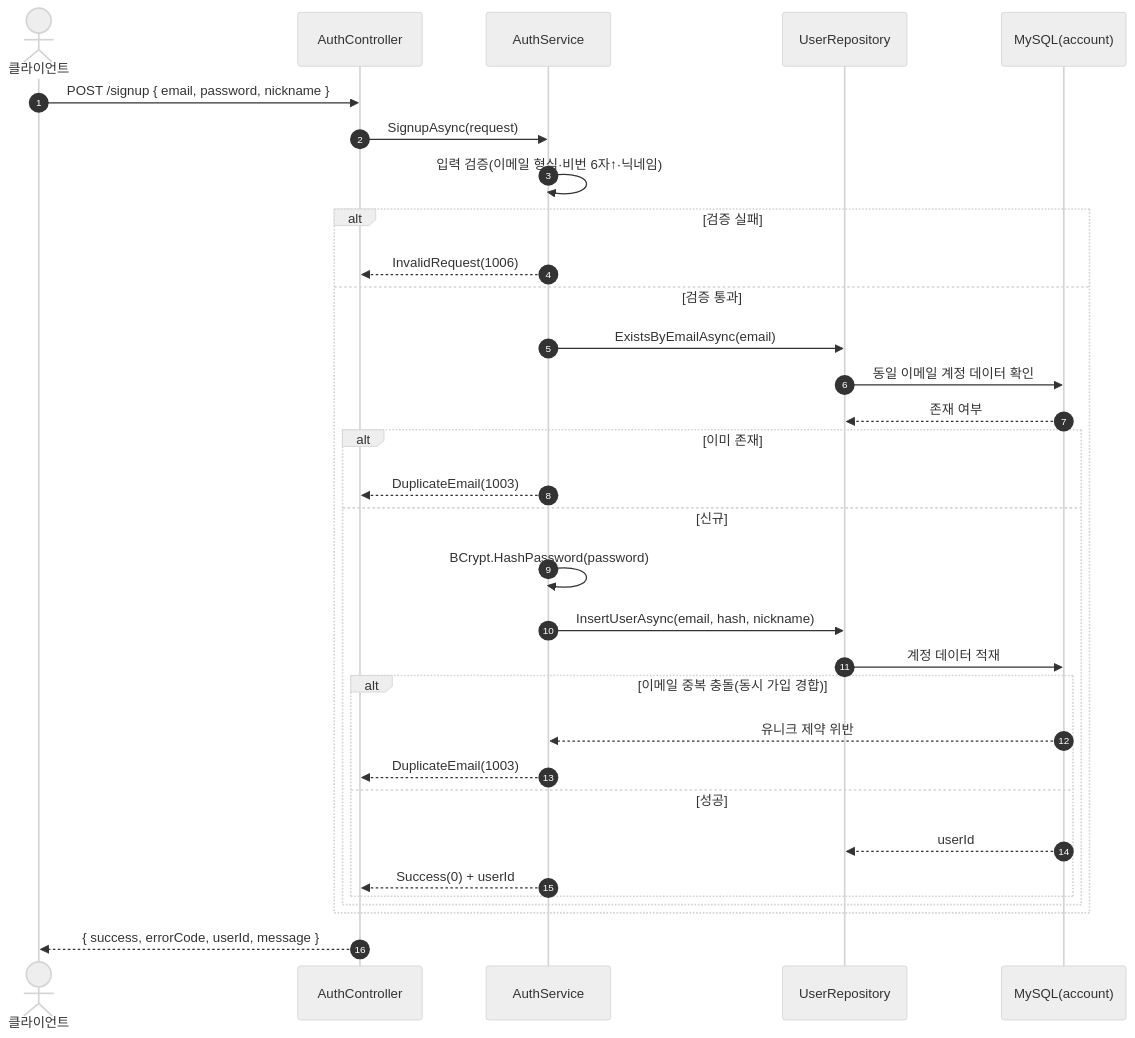
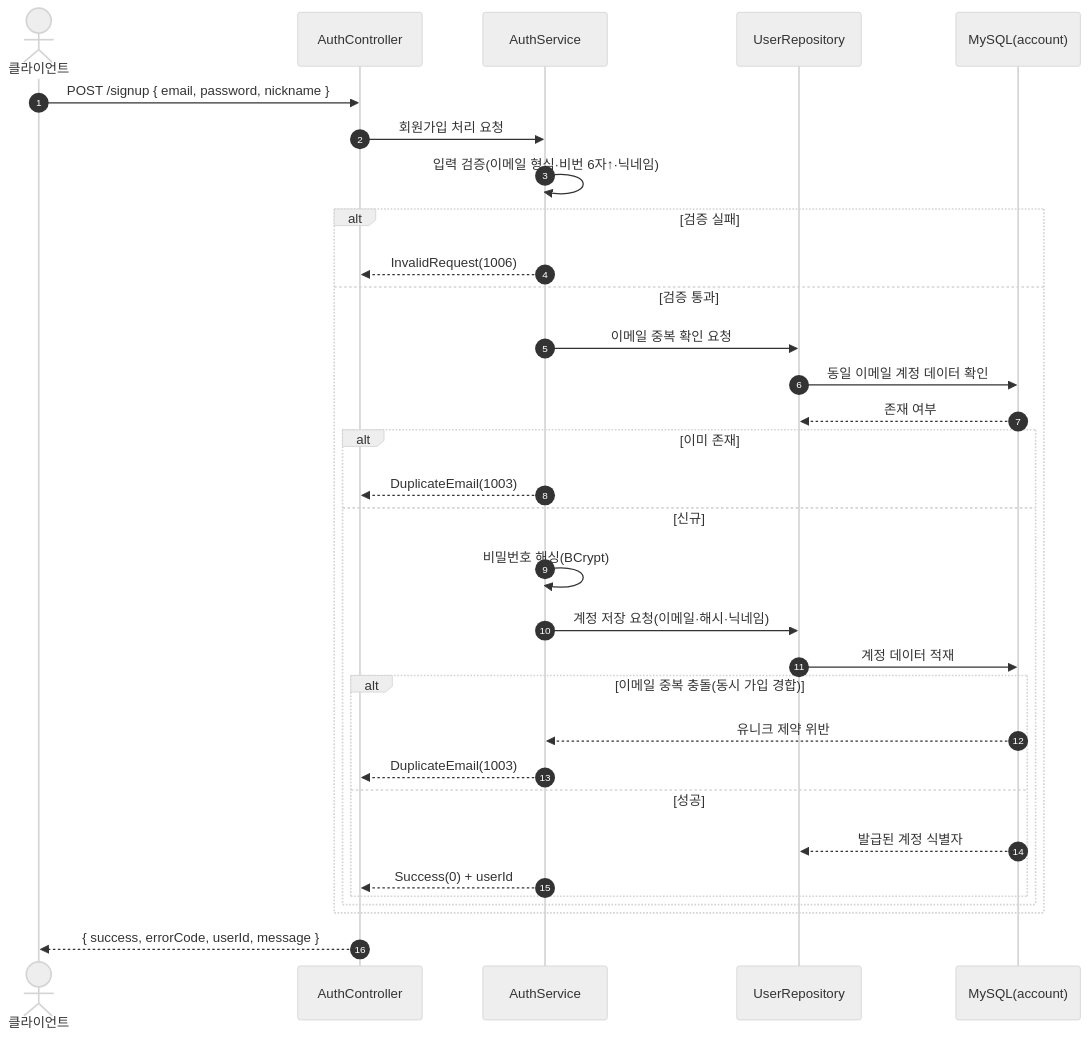
The first of 3 diagrams in SequenceDiagram/AuthController.md (ks-wook/com2us-taskbar-hero), drawn with Mermaid (neutral theme) before and after one commit. The commit also changed other lines of this file and 7 other files, not shown here.

Commit message:
시퀀스 다이어그램 수정

````diff
--- a/SequenceDiagram/AuthController.md
+++ b/SequenceDiagram/AuthController.md
@@ -7,35 +7,35 @@
 ```mermaid
 sequenceDiagram
     autonumber
     actor C as 클라이언트
     participant Ctrl as AuthController
     participant Svc as AuthService
     participant Repo as UserRepository
     participant DB as MySQL(account)
 
     C->>Ctrl: POST /signup { email, password, nickname }
-    Ctrl->>Svc: SignupAsync(request)
+    Ctrl->>Svc: 회원가입 처리 요청
     Svc->>Svc: 입력 검증(이메일 형식·비번 6자↑·닉네임)
     alt 검증 실패
         Svc-->>Ctrl: InvalidRequest(1006)
     else 검증 통과
-        Svc->>Repo: ExistsByEmailAsync(email)
+        Svc->>Repo: 이메일 중복 확인 요청
         Repo->>DB: 동일 이메일 계정 데이터 확인
         DB-->>Repo: 존재 여부
         alt 이미 존재
             Svc-->>Ctrl: DuplicateEmail(1003)
         else 신규
-            Svc->>Svc: BCrypt.HashPassword(password)
-            Svc->>Repo: InsertUserAsync(email, hash, nickname)
+            Svc->>Svc: 비밀번호 해싱(BCrypt)
+            Svc->>Repo: 계정 저장 요청(이메일·해시·닉네임)
             Repo->>DB: 계정 데이터 적재
             alt 이메일 중복 충돌(동시 가입 경합)
                 DB-->>Svc: 유니크 제약 위반
                 Svc-->>Ctrl: DuplicateEmail(1003)
             else 성공
-                DB-->>Repo: userId
+                DB-->>Repo: 발급된 계정 식별자
                 Svc-->>Ctrl: Success(0) + userId
             end
         end
     end
     Ctrl-->>C: { success, errorCode, userId, message }
 ```
````
